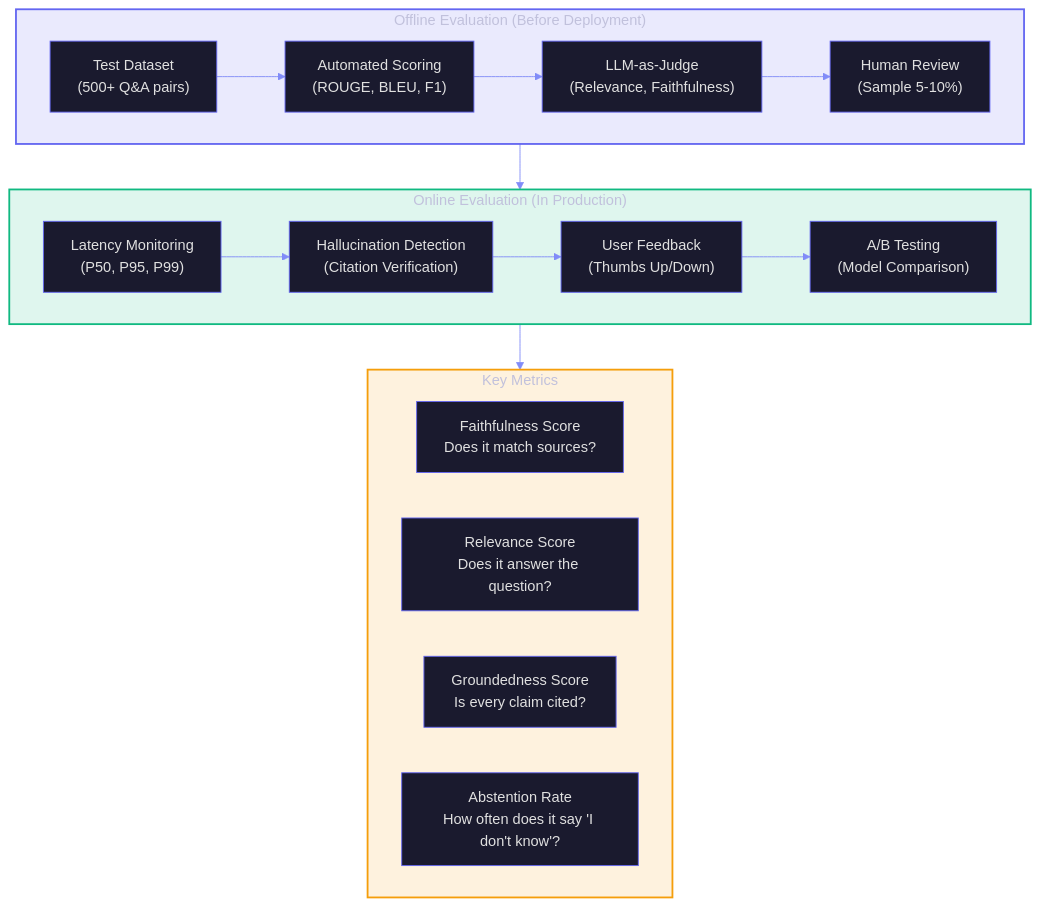
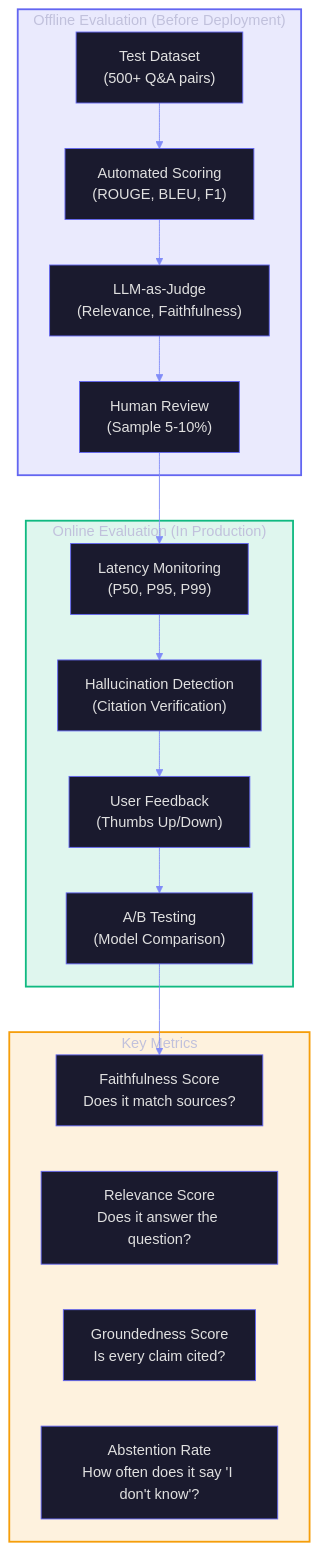
Before and after one commit to frootai/frootai: the fifth of 7 diagrams in docs/R3-Deterministic-AI.md, drawn with Mermaid. The commit also changed other lines of this file and 15 other files, not shown here.

Commit message:
docs: harden learning module diagrams

````diff
--- a/docs/R3-Deterministic-AI.md
+++ b/docs/R3-Deterministic-AI.md
@@ -435,32 +442,34 @@
 ```mermaid
 %%{init: {'theme': 'base', 'themeVariables': {'primaryColor': '#1a1a2e', 'primaryTextColor': '#e0e0e0', 'primaryBorderColor': '#6366f1', 'lineColor': '#818cf8', 'background': 'transparent'}}}%%
 graph TB
     subgraph OFFLINE["Offline Evaluation (Before Deployment)"]
         E1["Test Dataset<br/>(500+ Q&A pairs)"]
         E2["Automated Scoring<br/>(ROUGE, BLEU, F1)"]
         E3["LLM-as-Judge<br/>(Relevance, Faithfulness)"]
         E4["Human Review<br/>(Sample 5-10%)"]
         E1 --> E2 --> E3 --> E4
     end
     
     subgraph ONLINE["Online Evaluation (In Production)"]
         F1["Latency Monitoring<br/>(P50, P95, P99)"]
         F2["Hallucination Detection<br/>(Citation Verification)"]
         F3["User Feedback<br/>(Thumbs Up/Down)"]
         F4["A/B Testing<br/>(Model Comparison)"]
         F1 --> F2 --> F3 --> F4
     end
     
     subgraph METRICS["Key Metrics"]
         G1["Faithfulness Score<br/>Does it match sources?"]
         G2["Relevance Score<br/>Does it answer the question?"]
         G3["Groundedness Score<br/>Is every claim cited?"]
         G4["Abstention Rate<br/>How often does it say 'I don't know'?"]
+        G1 ~~~ G2 ~~~ G3 ~~~ G4
     end
     
-    OFFLINE --> ONLINE --> METRICS
+    E4 --> F1
+    F4 --> G1
     
     style OFFLINE fill:#6366f122,stroke:#6366f1,stroke-width:2px
     style ONLINE fill:#10b98122,stroke:#10b981,stroke-width:2px
     style METRICS fill:#f59e0b22,stroke:#f59e0b,stroke-width:2px
 ```
````
